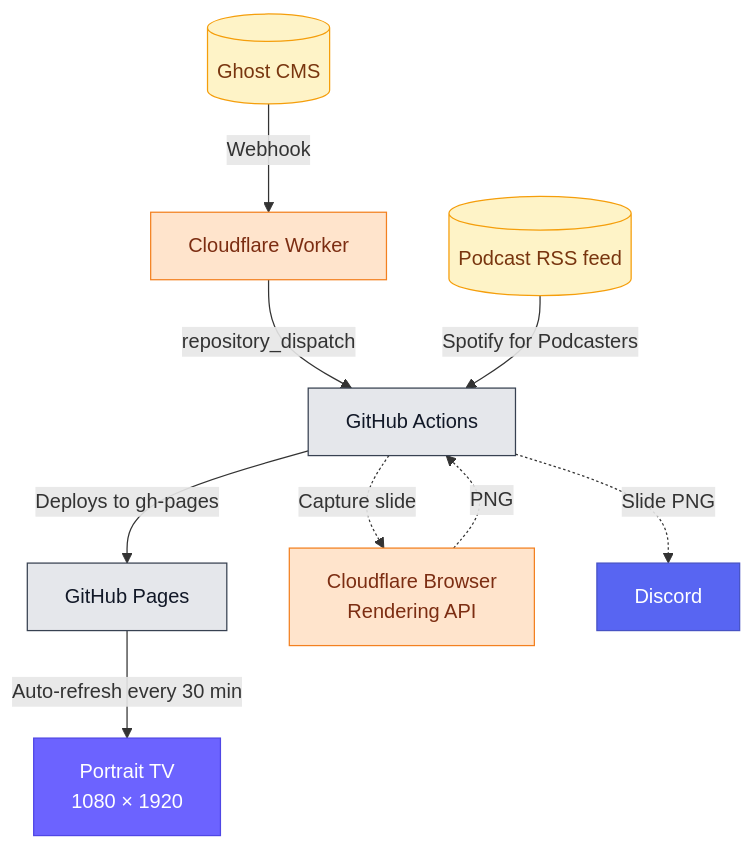
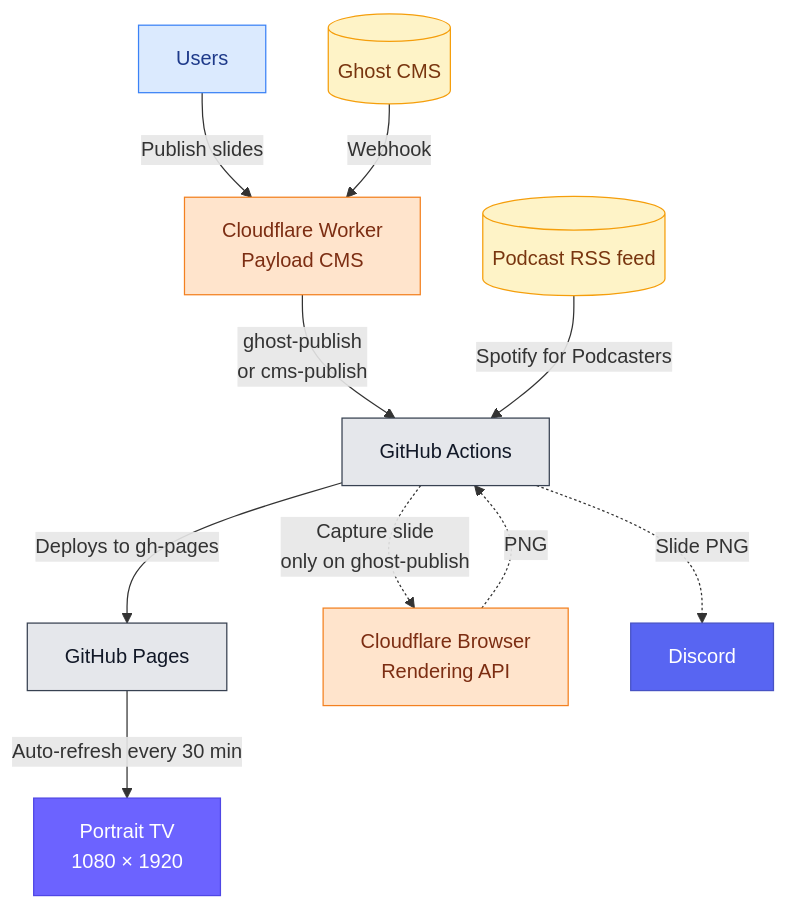
One commit to inovus-labs/kiosk.inovuslabs.org changed the diagram in README.md. Above: the diagram before and after it, drawn with Mermaid. The commit also changed other lines of this file and 6 other files, not shown here.

Commit message:
feat: implement custom CMS slides functionality and enhance build process

````diff
--- a/README.md
+++ b/README.md
@@ -13,32 +13,35 @@
 ```mermaid
 flowchart TD
     %% ── Sources ─────────────────────────────────
+    EDIT[Users]:::user
     A[(Ghost CMS)]:::source
     E[(Podcast RSS feed)]:::source
 
     %% ── Build & deploy pipeline ─────────────────
-    W[Cloudflare Worker]:::cf
+    W[Cloudflare Worker<br/>Payload CMS]:::cf
     B[GitHub Actions]:::gh
     C[GitHub Pages]:::gh
     D[Portrait TV<br/>1080 × 1920]:::tv
 
     %% ── Post-deploy side channel ────────────────
     BR[Cloudflare Browser<br/>Rendering API]:::cf
     F[Discord]:::discord
 
+    EDIT -->|Publish slides| W
     A -->|Webhook| W
-    W -->|repository_dispatch| B
+    W -->|ghost-publish<br/>or cms-publish| B
     E -->|Spotify for Podcasters| B
     B -->|Deploys to gh-pages| C
     C -->|Auto-refresh every 30 min| D
 
-    B -.->|Capture slide| BR
+    B -.->|Capture slide<br/>only on ghost-publish| BR
     BR -.->|PNG| B
     B -.->|Slide PNG| F
 
+    classDef user    fill:#DBEAFE,stroke:#3B82F6,color:#1E3A8A;
     classDef source  fill:#FEF3C7,stroke:#F59E0B,color:#78350F;
     classDef cf      fill:#FFE4CC,stroke:#F38020,color:#7C2D12;
     classDef gh      fill:#E5E7EB,stroke:#374151,color:#111827;
     classDef tv      fill:#6C63FF,stroke:#4F46E5,color:#FFFFFF;
     classDef discord fill:#5865F2,stroke:#4752C4,color:#FFFFFF;
 ```
````
